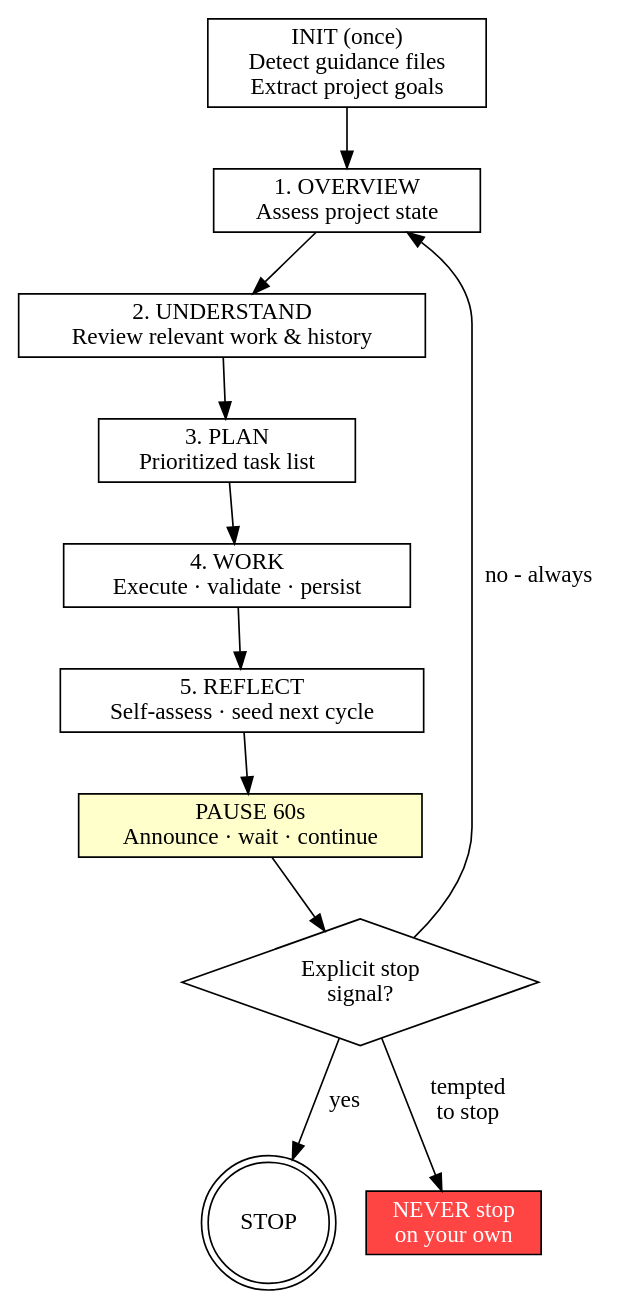
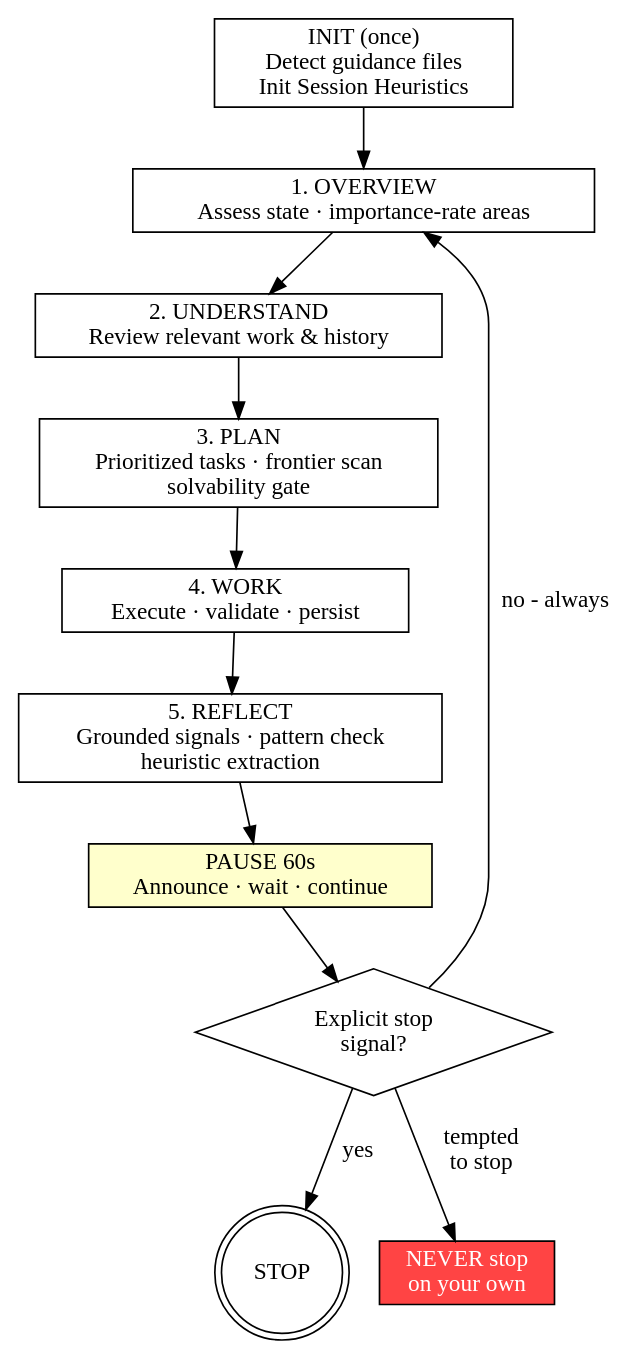
One commit to ttttonyhe/autogrind-skills changed the diagram in autogrind/SKILL.md. Above: the diagram before and after it, drawn with Graphviz. The commit also changed other lines of this file, not shown here.

First line of the commit message:
Cycle 10: research-backed reflect/plan upgrades + agentskills.io spec compliance

````diff
--- a/autogrind/SKILL.md
+++ b/autogrind/SKILL.md
@@ -26,21 +31,21 @@
 ```dot
 digraph autogrind {
     rankdir=TB;
-    init      [label="INIT (once)\nDetect guidance files\nExtract project goals", shape=box];
-    overview  [label="1. OVERVIEW\nAssess project state", shape=box];
+    init      [label="INIT (once)\nDetect guidance files\nInit Session Heuristics", shape=box];
+    overview  [label="1. OVERVIEW\nAssess state · importance-rate areas", shape=box];
     understand[label="2. UNDERSTAND\nReview relevant work & history", shape=box];
-    plan      [label="3. PLAN\nPrioritized task list", shape=box];
+    plan      [label="3. PLAN\nPrioritized tasks · frontier scan\nsolvability gate", shape=box];
     work      [label="4. WORK\nExecute · validate · persist", shape=box];
-    reflect   [label="5. REFLECT\nSelf-assess · seed next cycle", shape=box];
+    reflect   [label="5. REFLECT\nGrounded signals · pattern check\nheuristic extraction", shape=box];
     pause     [label="PAUSE 60s\nAnnounce · wait · continue", shape=box, style=filled, fillcolor="#ffffcc"];
     check     [label="Explicit stop\nsignal?", shape=diamond];
     done      [label="STOP", shape=doublecircle];
     warn      [label="NEVER stop\non your own", shape=box, style=filled, fillcolor="#ff4444", fontcolor=white];
 
     init -> overview;
     overview -> understand -> plan -> work -> reflect -> pause -> check;
     check -> done      [label="yes"];
     check -> overview  [label="no - always"];
     check -> warn      [label="tempted\nto stop"];
 }
 ```
````
